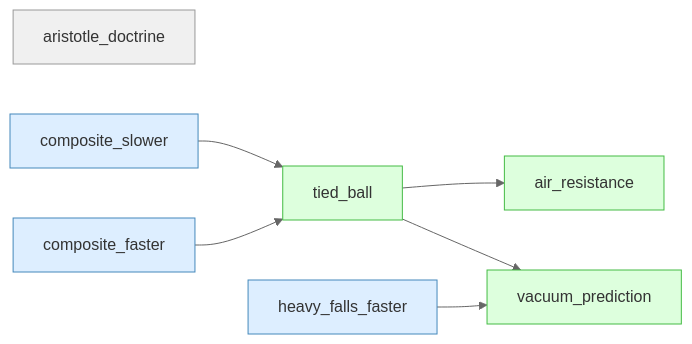
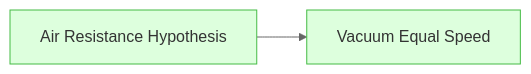
One commit to kunyuan/GalileoFallingBodies.gaia changed the first of 2 diagrams in README.md. Above: the diagram before and after it, drawn with Mermaid (neutral theme). The commit also changed other lines of this file and 7 other files, not shown here.

First line of the commit message:
feat: rewrite as fine-grained reasoning graph with Python DSL v5

````diff
--- a/README.md
+++ b/README.md
@@ -7,25 +7,16 @@
 ```mermaid
 graph LR
-    aristotle_doctrine["aristotle_doctrine"]:::setting
-    heavy_falls_faster["heavy_falls_faster"]:::premise
-    composite_slower["composite_slower"]:::premise
-    composite_faster["composite_faster"]:::premise
-    tied_ball["tied_ball"]:::derived
-    air_resistance["air_resistance"]:::derived
-    vacuum_prediction["vacuum_prediction"]:::derived
-    composite_faster --> tied_ball
-    composite_slower --> tied_ball
-    heavy_falls_faster --> vacuum_prediction
-    tied_ball --> air_resistance
-    tied_ball --> vacuum_prediction
+    hyp_air_resistance["Air Resistance Hypothesis"]:::derived
+    hyp_vacuum_equal["Vacuum Equal Speed"]:::derived
+    hyp_air_resistance --> hyp_vacuum_equal
 
     classDef setting fill:#f0f0f0,stroke:#999,color:#333
     classDef premise fill:#ddeeff,stroke:#4488bb,color:#333
     classDef derived fill:#ddffdd,stroke:#44bb44,color:#333
     classDef question fill:#fff3dd,stroke:#cc9944,color:#333
     classDef background fill:#f5f5f5,stroke:#bbb,stroke-dasharray: 5 5,color:#333
     classDef orphan fill:#fff,stroke:#ccc,stroke-dasharray: 5 5,color:#333
     classDef external fill:#fff,stroke:#aaa,stroke-dasharray: 3 3,color:#333
     classDef weak fill:#fff9c4,stroke:#f9a825,stroke-dasharray: 5 5,color:#333
     classDef contra fill:#ffebee,stroke:#c62828,color:#333
 ```
````
